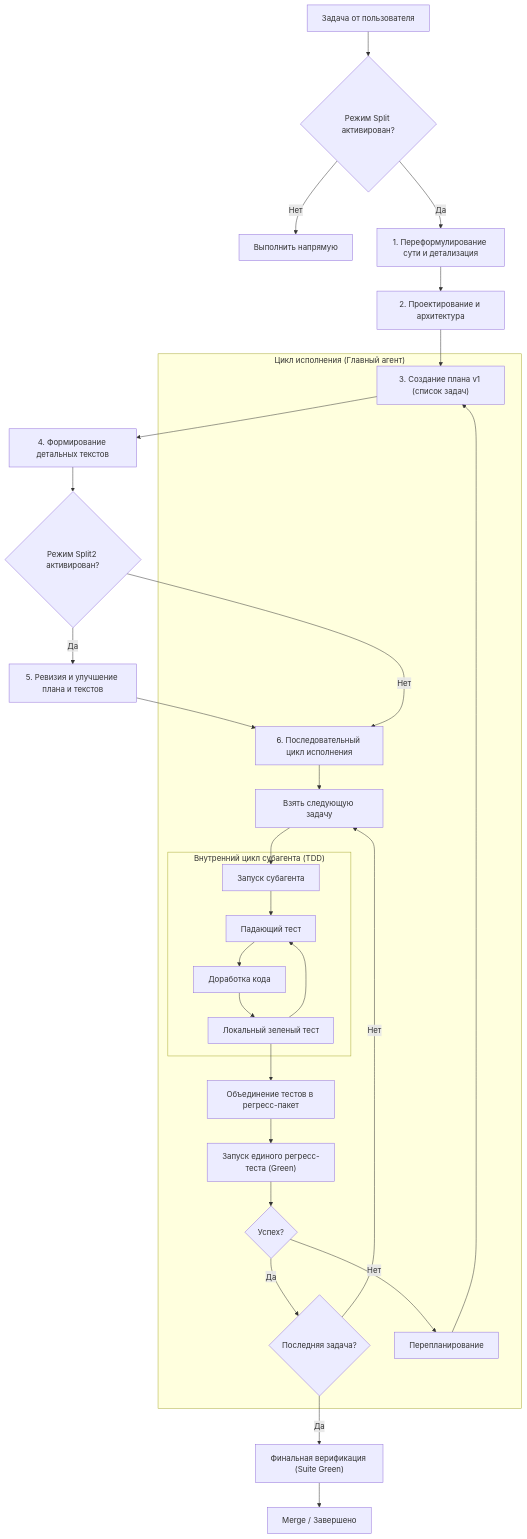
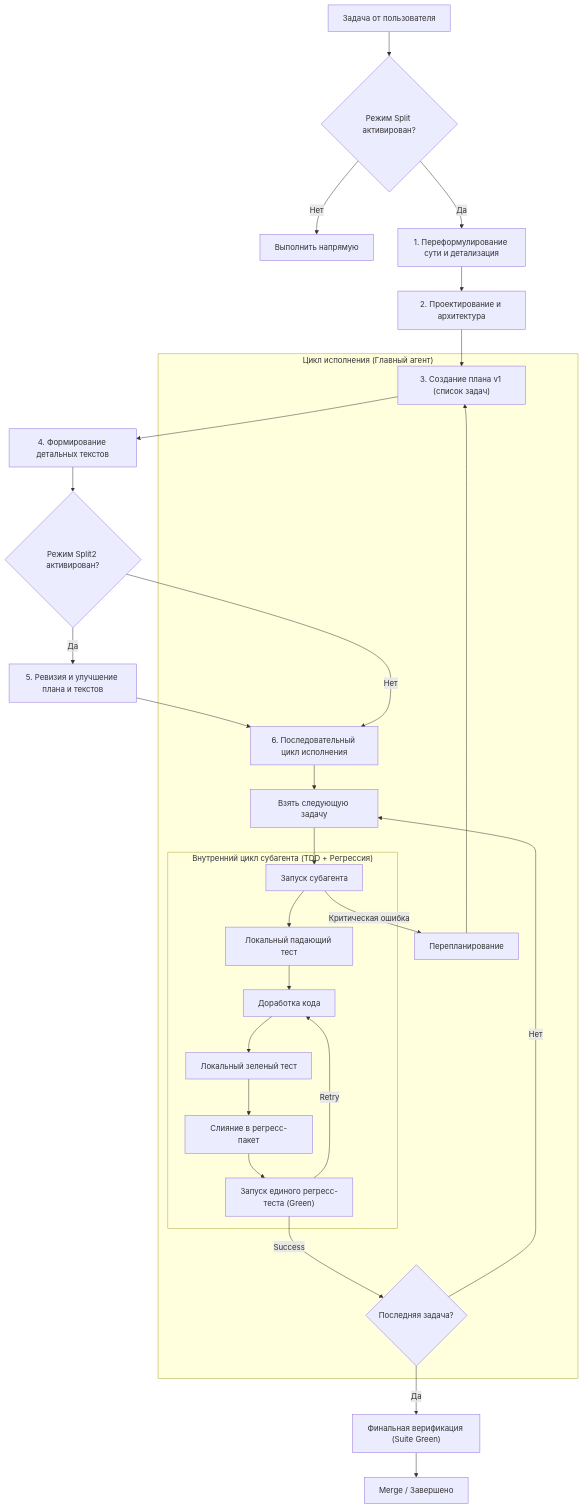
The diagram in README.md (SpIvanM/split-first-tdd-agent-orchestration-framework), drawn with Mermaid before and after one commit. The commit also changed other lines of this file and 1 other file, not shown here.

Commit message:
docs: update internal TDD and regression cycle documentation in README files

````diff
--- a/README.md
+++ b/README.md
@@ -103,37 +103,36 @@
 ```mermaid
 graph TD
     A["Задача от пользователя"] --> B{"Режим Split активирован?"}
     B -- "Нет" --> C["Выполнить напрямую"]
     B -- "Да" --> D["1. Переформулирование сути и детализация"]
     D --> E["2. Проектирование и архитектура"]
     E --> F["3. Создание плана v1 (список задач)"]
     F --> G["4. Формирование детальных текстов"]
     G --> H{"Режим Split2 активирован?"}
     H -- "Да" --> I["5. Ревизия и улучшение плана и текстов"]
     I --> J["6. Последовательный цикл исполнения"]
     H -- "Нет" --> J
     
     subgraph "Цикл исполнения (Главный агент)"
         J --> K["Взять следующую задачу"]
         K --> L["Запуск субагента"]
         
-        subgraph "Внутренний цикл субагента (TDD)"
-            L --> M["Падающий тест"]
+        subgraph "Внутренний цикл субагента (TDD + Регрессия)"
+            L --> M["Локальный падающий тест"]
             M --> N["Доработка кода"]
             N --> O["Локальный зеленый тест"]
-            O --> M
+            O --> P["Слияние в регресс-пакет"]
+            P --> Q["Запуск единого регресс-теста (Green)"]
+            Q -- "Retry" --> N
         end
         
-        O --> P["Объединение тестов в регресс-пакет"]
-        P --> Q["Запуск единого регресс-теста (Green)"]
+        Q -- "Success" --> R{"Последняя задача?"}
+        R -- "Нет" --> K
         
-        Q --> R{"Успех?"}
-        R -- "Да" --> S{"Последняя задача?"}
-        S -- "Нет" --> K
-        R -- "Нет" --> T["Перепланирование"]
+        L -- "Критическая ошибка" --> T["Перепланирование"]
         T --> F
     end
     
-    S -- "Да" --> U["Финальная верификация (Suite Green)"]
+    R -- "Да" --> U["Финальная верификация (Suite Green)"]
     U --> V["Merge / Завершено"]
 ```
````
